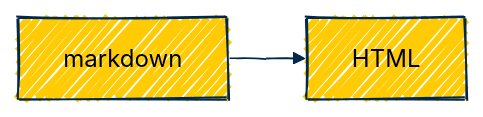
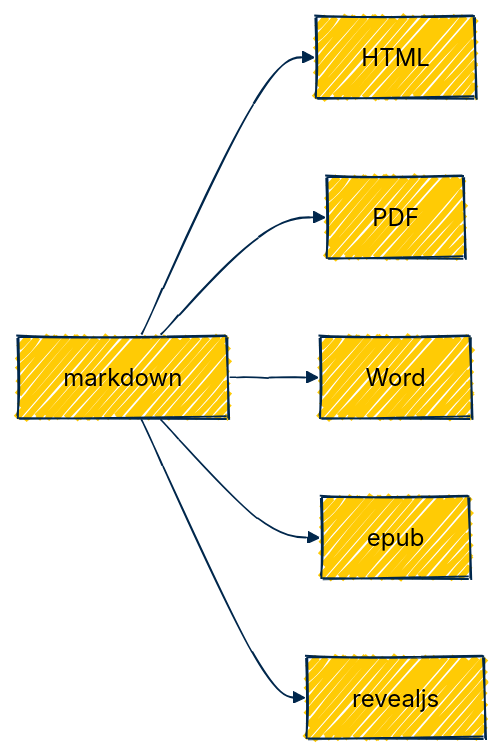
One commit to agrogan1/dataviz changed the diagram in data-driven-document-demo/README.md. Above: the diagram before and after it, drawn with Mermaid.

````diff
--- a/data-driven-document-demo/README.md
+++ b/data-driven-document-demo/README.md
@@ -11,21 +11,25 @@
 ```mermaid
 %%{
   init: {
     'theme': 'base',
     'look': 'handDrawn',
     'themeVariables': {
       'primaryColor': '#FFCB05',
       'primaryTextColor': '#000000',
       'primaryBorderColor': '#00274C',
       'lineColor': '#00274C',
       'secondaryColor': '#00274C',
       'secondaryTextColor': '#000000',
       'tertiaryColor': '#F2F2F2',
       'tertiaryBorderColor': '#00274C'
     }
   }
 }%%
 
 flowchart LR
   markdown --> HTML
+  markdown --> PDF
+  markdown --> Word
+  markdown --> epub
+  markdown --> revealjs
 ```
````
